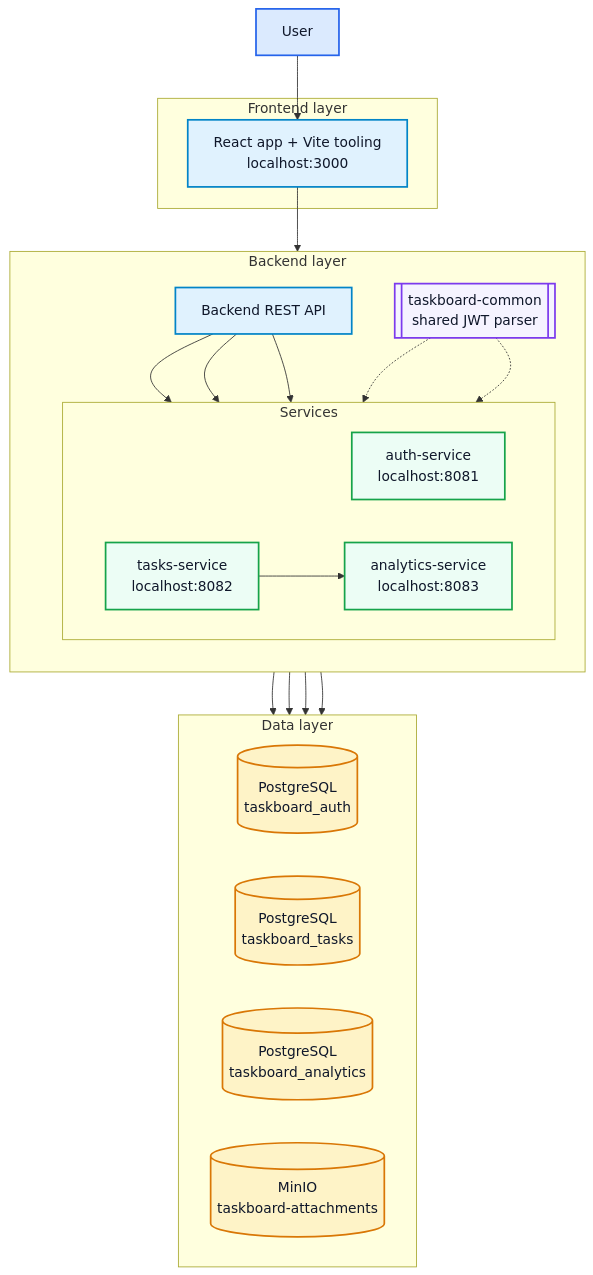
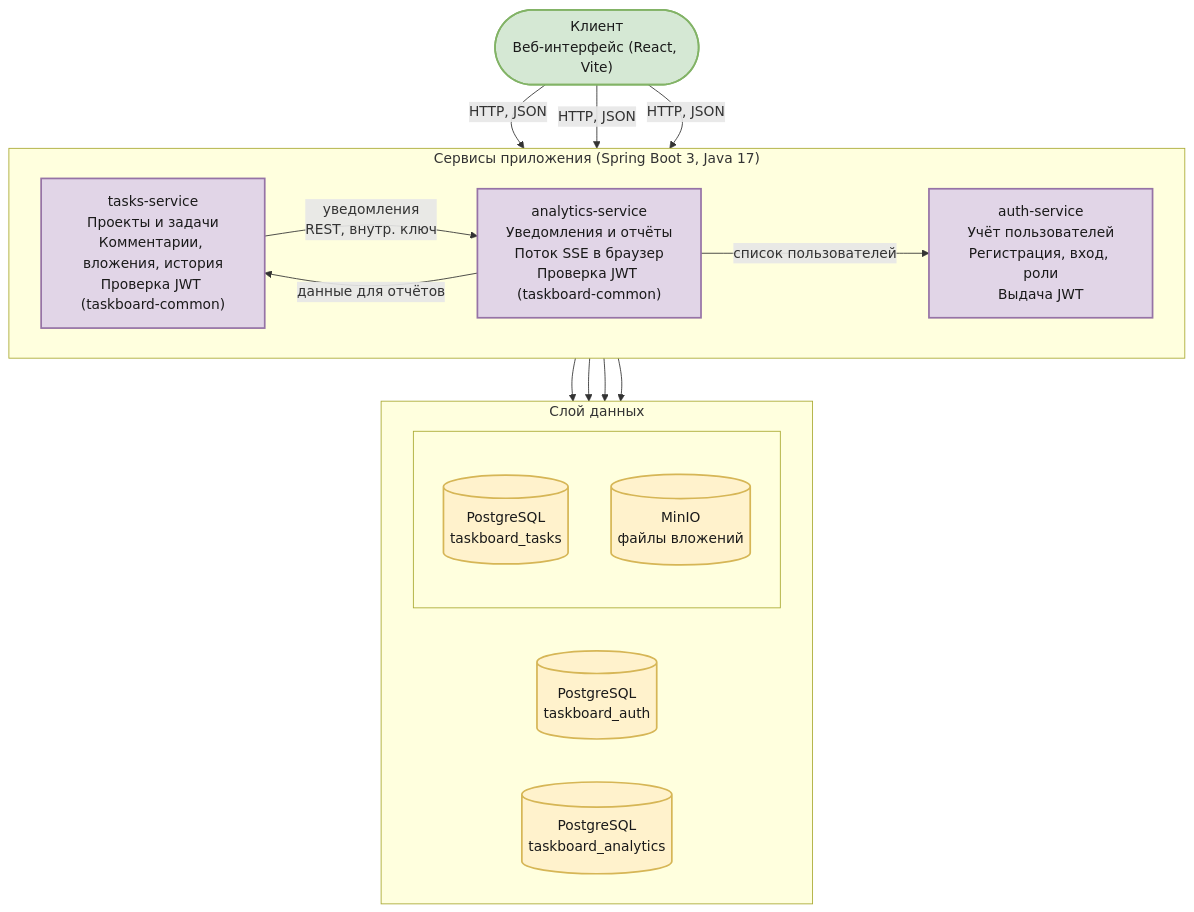
The diagram in docs/diagrams/architecture/architecture.mmd (EvgenyMAI/TaskBoard), drawn with Mermaid before and after one commit. The commit also changed 45 other files, not shown here.

```diff
--- a/docs/diagrams/architecture/architecture.mmd
+++ b/docs/diagrams/architecture/architecture.mmd
@@ -1,53 +1,44 @@
+%% TaskBoard — логическая архитектура. Генерация: docs/scripts/generate-architecture.ps1
+
 flowchart TB
-    U[User]
 
-    subgraph FRONTEND[Frontend layer]
-        FE[React app + Vite tooling<br/>localhost:3000]
+    CLIENT(["Клиент<br/>Веб-интерфейс (React, Vite)"])
+
+    subgraph SVC["Сервисы приложения (Spring Boot 3, Java 17)"]
+        direction LR
+        AUTH["auth-service<br/>Учёт пользователей<br/>Регистрация, вход, роли<br/>Выдача JWT"]
+        TASKS["tasks-service<br/>Проекты и задачи<br/>Комментарии, вложения, история<br/>Проверка JWT (taskboard-common)"]
+        ANALYTICS["analytics-service<br/>Уведомления и отчёты<br/>Поток SSE в браузер<br/>Проверка JWT (taskboard-common)"]
     end
 
-    subgraph BACKEND[Backend layer]
-        direction TB
-        API[Backend REST API]
-        subgraph SERVICES[Services]
-            direction LR
-            AUTH[auth-service<br/>localhost:8081]
-            TASKS[tasks-service<br/>localhost:8082]
-            ANALYTICS[analytics-service<br/>localhost:8083]
+    subgraph DATA["Слой данных"]
+        direction LR
+        DBA[("PostgreSQL<br/>taskboard_auth")]
+        subgraph DATA_TASKS[" "]
+            direction TB
+            DBT[("PostgreSQL<br/>taskboard_tasks")]
+            MINIO[("MinIO<br/>файлы вложений")]
         end
-        COMMON[[taskboard-common<br/>shared JWT parser]]
+        DBN[("PostgreSQL<br/>taskboard_analytics")]
     end
 
-    subgraph DATA[Data layer]
-        direction LR
-        DBA[(PostgreSQL<br/>taskboard_auth)]
-        DBT[(PostgreSQL<br/>taskboard_tasks)]
-        DBN[(PostgreSQL<br/>taskboard_analytics)]
-        MINIO[(MinIO<br/>taskboard-attachments)]
-    end
-
-    U --> FE
-    FE --> API
-    API --> AUTH
-    API --> TASKS
-    API --> ANALYTICS
+    CLIENT -->|"HTTP, JSON"| AUTH
+    CLIENT -->|"HTTP, JSON"| TASKS
+    CLIENT -->|"HTTP, JSON"| ANALYTICS
 
     AUTH --> DBA
     TASKS --> DBT
+    TASKS --> MINIO
     ANALYTICS --> DBN
-    TASKS --> MINIO
 
-    TASKS --> ANALYTICS
-    COMMON -.-> TASKS
-    COMMON -.-> ANALYTICS
+    TASKS -->|"уведомления<br/>REST, внутр. ключ"| ANALYTICS
+    ANALYTICS -->|"данные для отчётов"| TASKS
+    ANALYTICS -->|"список пользователей"| AUTH
 
-    classDef user fill:#DBEAFE,stroke:#2563EB,stroke-width:2px,color:#0F172A;
-    classDef frontend fill:#E0F2FE,stroke:#0284C7,stroke-width:2px,color:#0F172A;
-    classDef service fill:#ECFDF5,stroke:#16A34A,stroke-width:2px,color:#0F172A;
-    classDef db fill:#FEF3C7,stroke:#D97706,stroke-width:2px,color:#0F172A;
-    classDef shared fill:#F5F3FF,stroke:#7C3AED,stroke-width:2px,color:#0F172A;
+    classDef client fill:#D5E8D4,stroke:#82B366,stroke-width:2px,color:#1a1a1a
+    classDef service fill:#E1D5E7,stroke:#9673A6,stroke-width:2px,color:#1a1a1a
+    classDef db fill:#FFF2CC,stroke:#D6B656,stroke-width:2px,color:#1a1a1a
 
-    class U user;
-    class FE,API frontend;
-    class AUTH,TASKS,ANALYTICS service;
-    class DBA,DBT,DBN,MINIO db;
-    class COMMON shared;
+    class CLIENT client
+    class AUTH,TASKS,ANALYTICS service
+    class DBA,DBT,DBN,MINIO db
```
